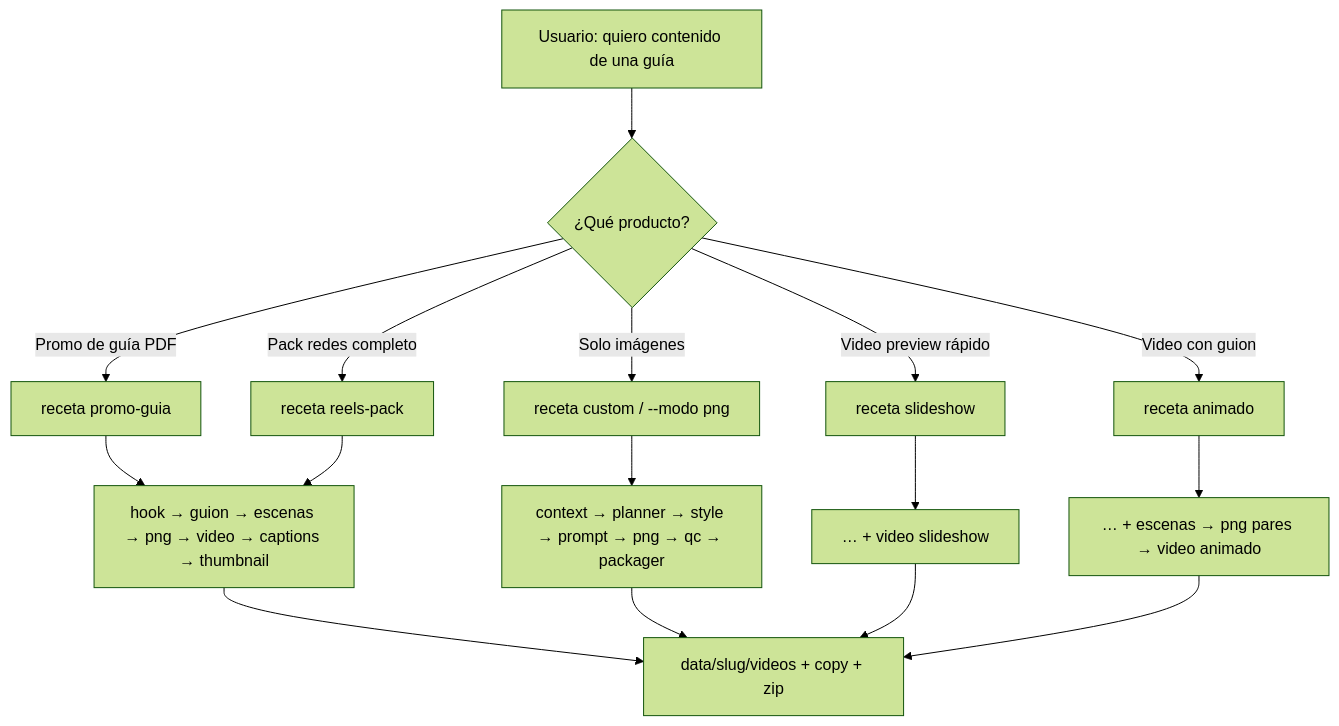
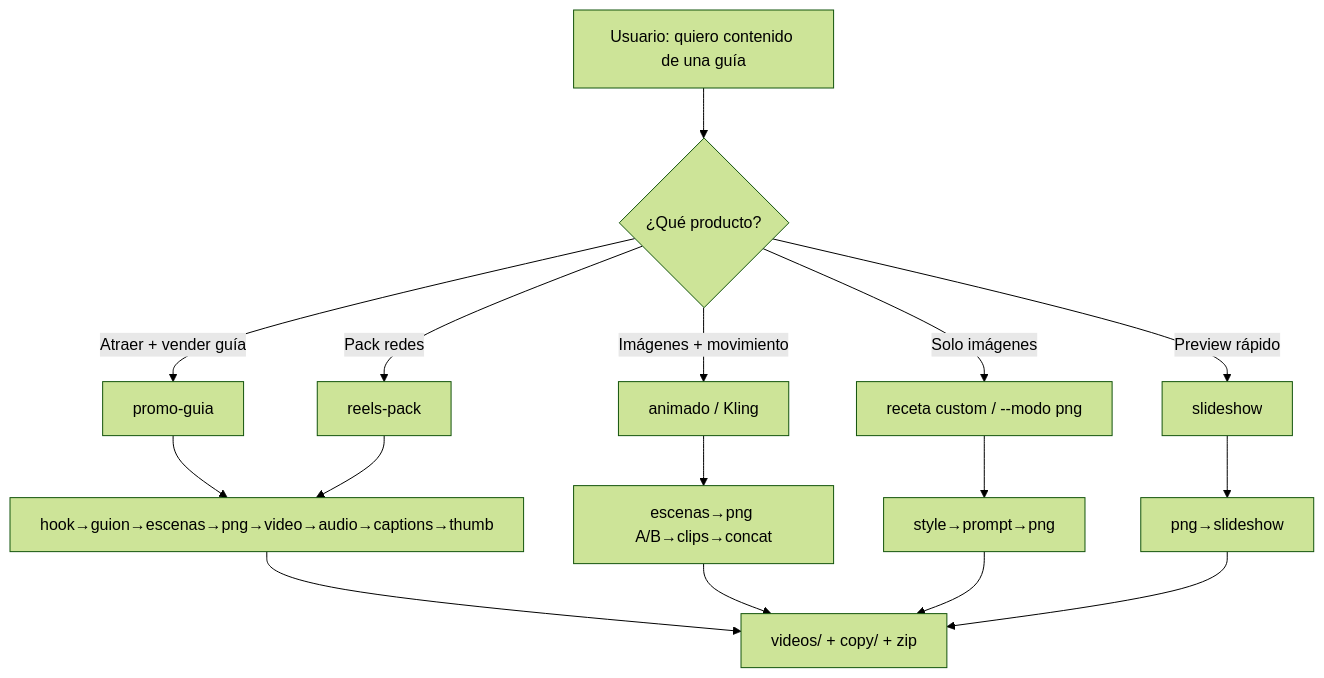
One commit to yoryo885/cursorprime changed the diagram in creador de contenido/FLUJO.md. Above: the diagram before and after it, drawn with Mermaid (forest theme). The commit also changed other lines of this file and 12 other files, not shown here.

First line of the commit message:
feat(creador-contenido): Paso E — Kling real + audio brief/mux

````diff
--- a/creador de contenido/FLUJO.md
+++ b/creador de contenido/FLUJO.md
@@ -5,21 +23,21 @@
 ```mermaid
 flowchart TD
   START[Usuario: quiero contenido de una guía] --> Q1{¿Qué producto?}
 
   Q1 -->|Solo imágenes| PNG[receta custom / --modo png]
-  Q1 -->|Video preview rápido| SS[receta slideshow]
-  Q1 -->|Video con guion| AN[receta animado]
-  Q1 -->|Promo de guía PDF| PG[receta promo-guia]
-  Q1 -->|Pack redes completo| RP[receta reels-pack]
+  Q1 -->|Preview rápido| SS[slideshow]
+  Q1 -->|Imágenes + movimiento| AN[animado / Kling]
+  Q1 -->|Atraer + vender guía| PG[promo-guia]
+  Q1 -->|Pack redes| RP[reels-pack]
 
-  PNG --> CORE[context → planner → style → prompt → png → qc → packager]
-  SS --> CORE2[… + video slideshow]
-  AN --> CORE3[… + escenas → png pares → video animado]
-  PG --> FULL[hook → guion → escenas → png → video → captions → thumbnail]
+  PNG --> CORE[style→prompt→png]
+  SS --> CORE2[png→slideshow]
+  AN --> MOTION[escenas→png A/B→clips→concat]
+  PG --> FULL[hook→guion→escenas→png→video→audio→captions→thumb]
   RP --> FULL
 
-  FULL --> OUT[data/slug/videos + copy + zip]
+  FULL --> OUT[videos/ + copy/ + zip]
+  MOTION --> OUT
   CORE --> OUT
   CORE2 --> OUT
-  CORE3 --> OUT
 ```
````
